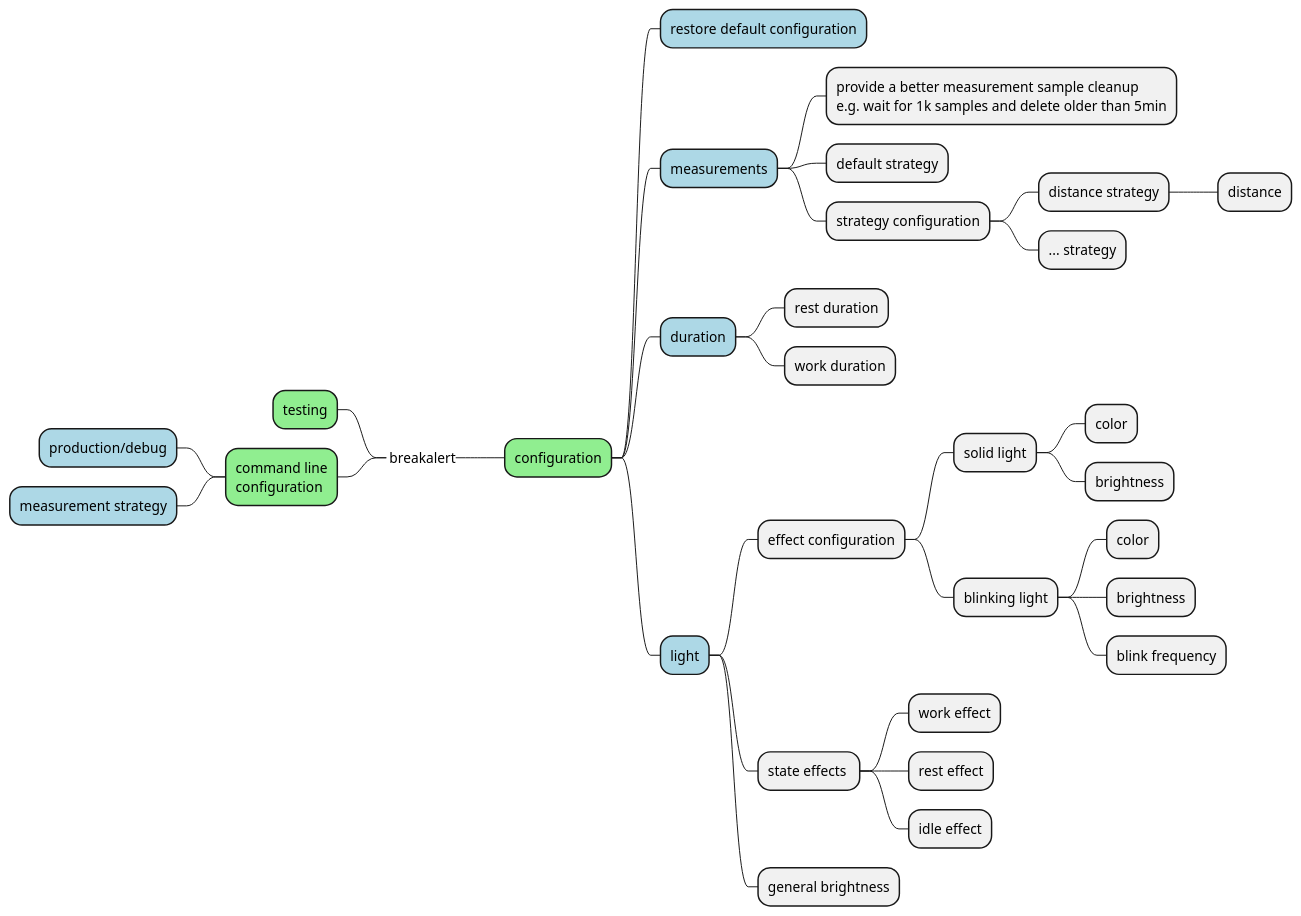
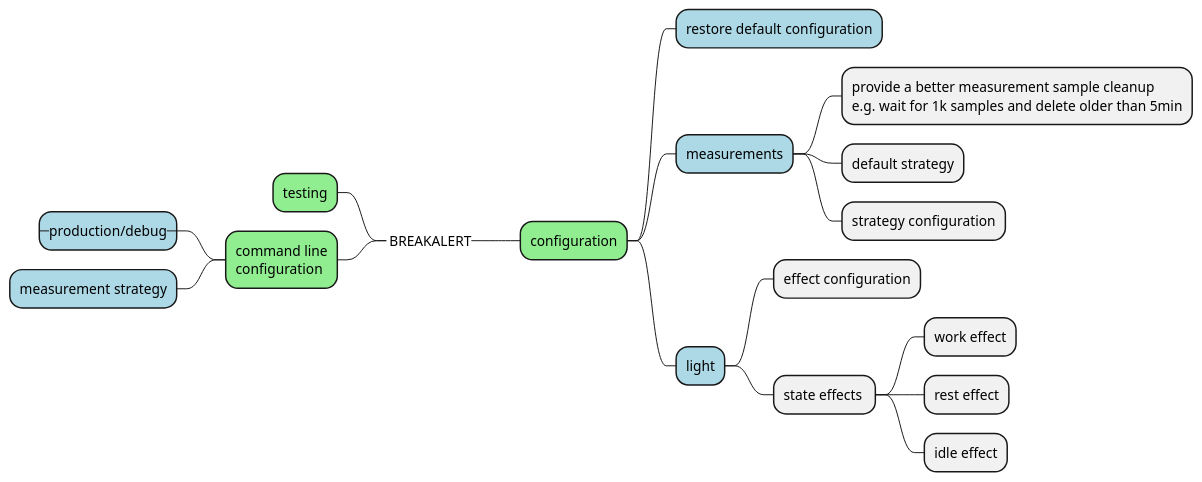
Before and after one commit to gmol/break-monitor: the diagram in docs/uml/todo-mindmap.puml, drawn with PlantUML. The commit also changed 2 other files, not shown here.

```diff
--- a/docs/uml/todo-mindmap.puml
+++ b/docs/uml/todo-mindmap.puml
@@ -1,58 +1,47 @@
 @startmindmap
 <style>
 mindmapDiagram {
   ' node {
   '   BackgroundColor lightGreen
   ' }
   ' boxless {
   '   FontColor darkgreen
   ' }
     :depth(1) {
       BackGroundColor lightgreen
     }
     :depth(2) {
       BackGroundColor lightblue
     }
 }
 </style>
 
-*_ breakalert
+*_ BREAKALERT
 
 ++ configuration
 
 +++ restore default configuration
 
 +++ measurements
 ++++ provide a better measurement sample cleanup\ne.g. wait for 1k samples and delete older than 5min
 ++++ default strategy
 ++++ strategy configuration
-+++++ distance strategy
-++++++ distance
-+++++ ... strategy
 
-+++  duration
-++++ rest duration
-++++ work duration
+
 
 +++   light
 ++++  effect configuration
-+++++ solid light
-++++++ color
-++++++ brightness
-+++++ blinking light
-++++++ color
-++++++ brightness
-++++++ blink frequency
+
 ++++  state effects 
 +++++ work effect
 +++++ rest effect
 +++++ idle effect
-++++  general brightness
+
 
 -- testing
 
 -- command line\nconfiguration
---- production/debug
+--- --production/debug--
 --- measurement strategy
 
 @endmindmap
```
